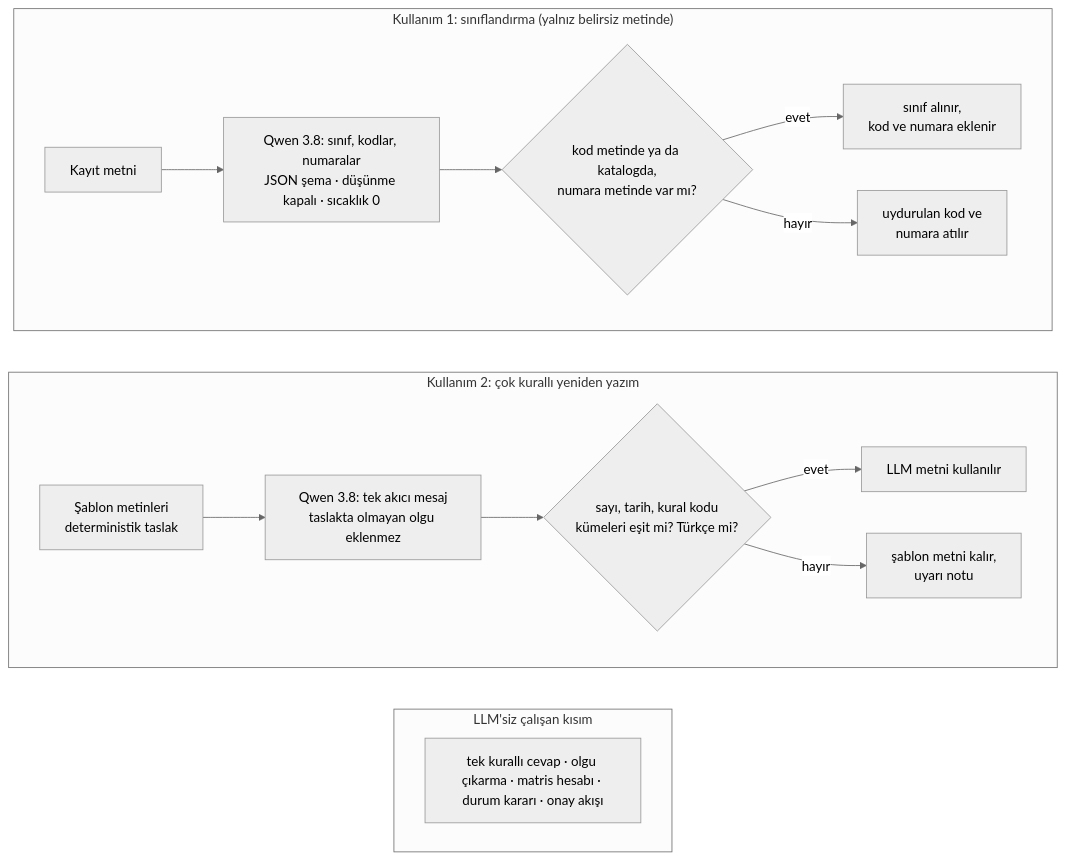
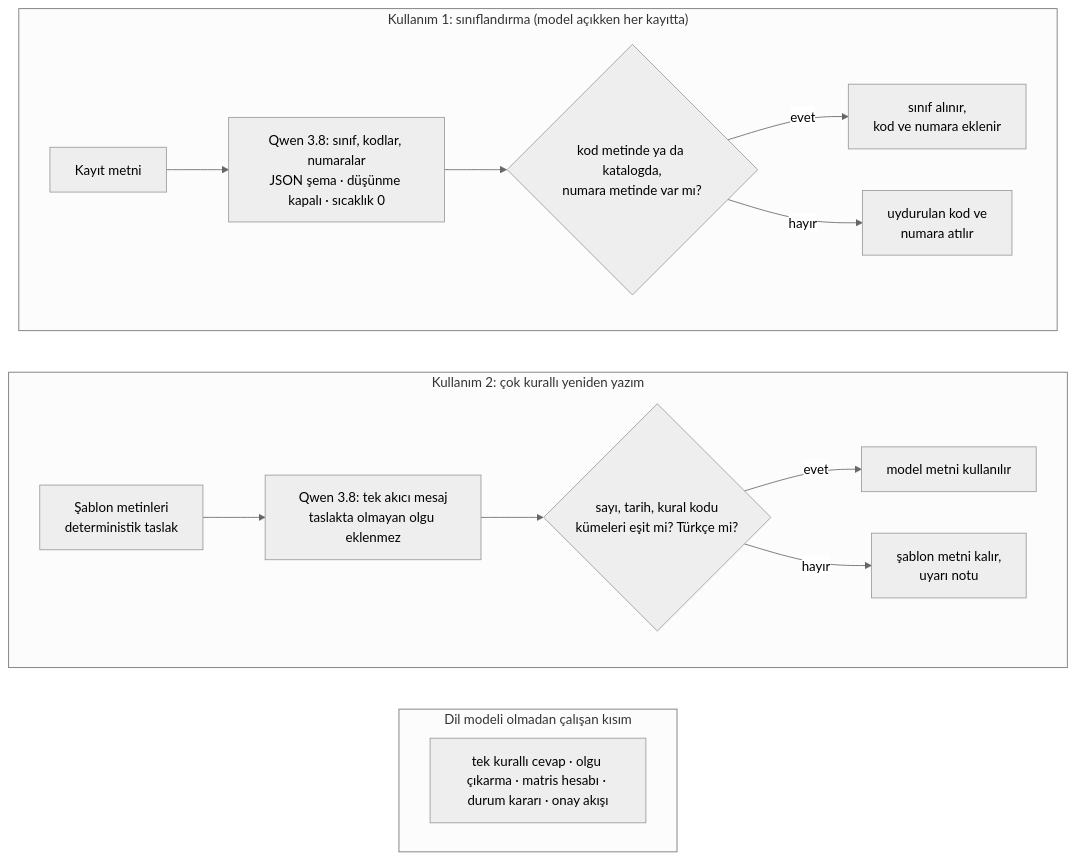
The diagram in strateji-cevap/docs/analiz_mimari/diyagram/08_llm_guardrail.mmd (MertAErntrk/ykb-insource-projects), drawn with Mermaid (neutral theme) before and after one commit. The commit also changed 28 other files, not shown here.

```diff
--- a/strateji-cevap/docs/analiz_mimari/diyagram/08_llm_guardrail.mmd
+++ b/strateji-cevap/docs/analiz_mimari/diyagram/08_llm_guardrail.mmd
@@ -1,20 +1,20 @@
 flowchart TB
-    subgraph K1["Kullanım 1: sınıflandırma (yalnız belirsiz metinde)"]
+    subgraph K1["Kullanım 1: sınıflandırma (model açıkken her kayıtta)"]
         direction LR
         A1["Kayıt metni"] --> B1["Qwen 3.8: sınıf, kodlar, numaralar<br/>JSON şema · düşünme kapalı · sıcaklık 0"]
         B1 --> C1{"kod metinde ya da katalogda,<br/>numara metinde var mı?"}
         C1 -->|"evet"| D1["sınıf alınır,<br/>kod ve numara eklenir"]
         C1 -->|"hayır"| E1["uydurulan kod ve<br/>numara atılır"]
     end
     subgraph K2["Kullanım 2: çok kurallı yeniden yazım"]
         direction LR
         A2["Şablon metinleri<br/>deterministik taslak"] --> B2["Qwen 3.8: tek akıcı mesaj<br/>taslakta olmayan olgu eklenmez"]
         B2 --> C2{"sayı, tarih, kural kodu<br/>kümeleri eşit mi? Türkçe mi?"}
-        C2 -->|"evet"| D2["LLM metni kullanılır"]
+        C2 -->|"evet"| D2["model metni kullanılır"]
         C2 -->|"hayır"| E2["şablon metni kalır,<br/>uyarı notu"]
     end
-    subgraph K0["LLM'siz çalışan kısım"]
+    subgraph K0["Dil modeli olmadan çalışan kısım"]
         Z["tek kurallı cevap · olgu çıkarma · matris hesabı · durum kararı · onay akışı"]
     end
     K1 ~~~ K2
     K2 ~~~ K0
```
